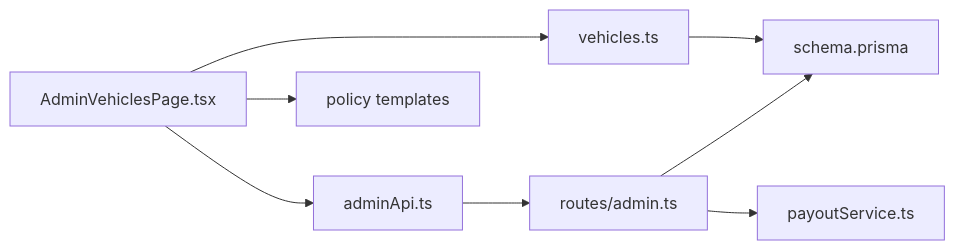
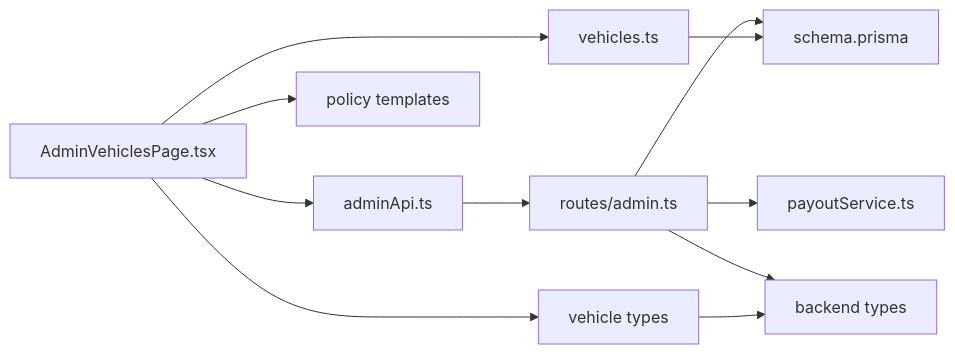
One commit to NaveenHiranya/Smart-Vehicle-Insurance-Claim-System changed the third of 3 diagrams in .qoder/repowiki/en/content/Frontend Documentation/Pages and Views/Admin Pages/Admin Vehicles Page.md. Above: the diagram before and after it, drawn with Mermaid. The commit also changed other lines of this file and 17 other files, not shown here.

````diff
--- a/.qoder/repowiki/en/content/Frontend Documentation/Pages and Views/Admin Pages/Admin Vehicles Page.md
+++ b/.qoder/repowiki/en/content/Frontend Documentation/Pages and Views/Admin Pages/Admin Vehicles Page.md
@@ -297,10 +346,13 @@
 ```mermaid
 graph LR
 AVP["AdminVehiclesPage.tsx"] --> AA["adminApi.ts"]
 AA --> AR["routes/admin.ts"]
 AR --> PR["schema.prisma"]
 AR --> PS["payoutService.ts"]
 AVP --> VR["vehicles.ts"]
 VR --> PR
 AVP --> PT["policy templates"]
+AVP --> VT["vehicle types"]
+AR --> BT["backend types"]
+VT --> BT
 ```
````
